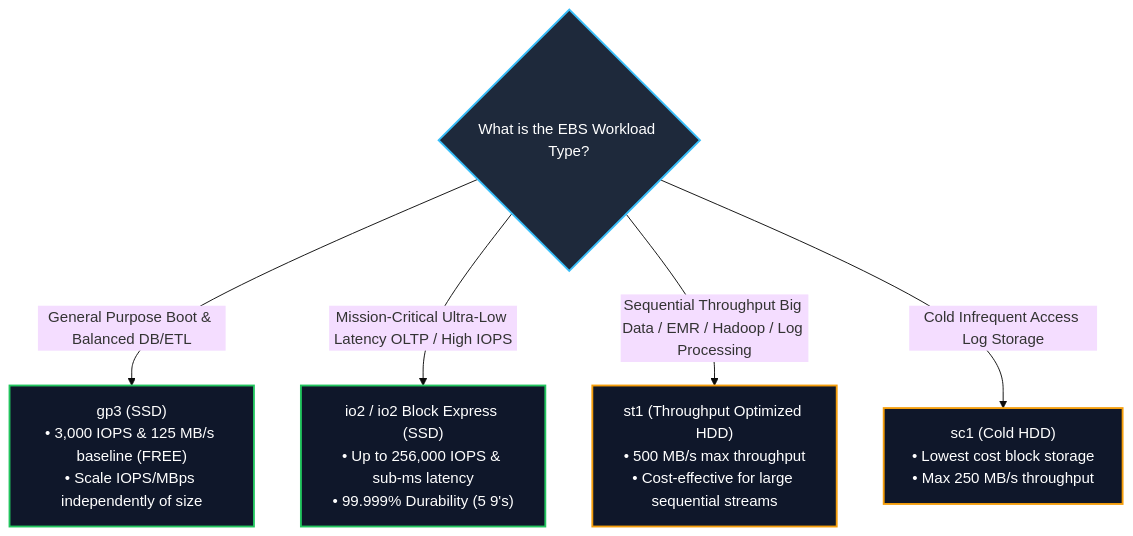
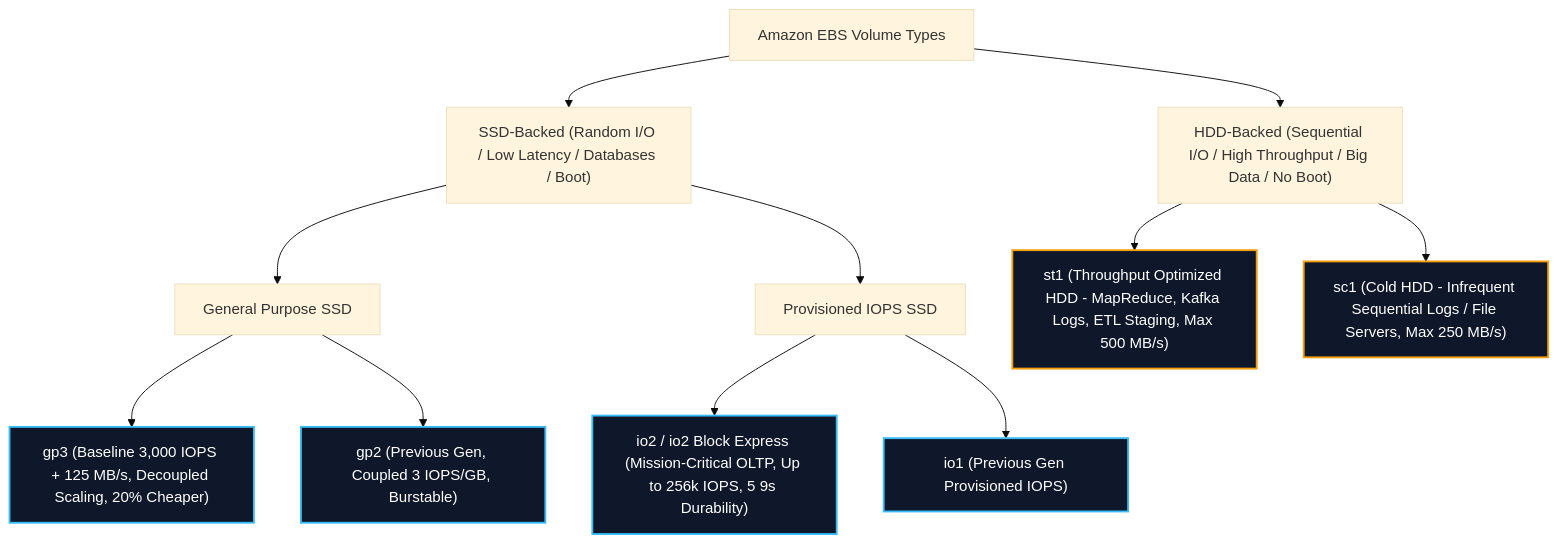
The second of 6 diagrams in content/mm/02-services/storage/ebs-and-instance-store.md (Wathon/aws-dea-c01-note), drawn with Mermaid (base theme) before and after one commit. The commit also changed other lines of this file and 41 other files, not shown here.

````diff
--- a/content/mm/02-services/storage/ebs-and-instance-store.md
+++ b/content/mm/02-services/storage/ebs-and-instance-store.md
@@ -73,20 +84,21 @@
 ```mermaid
 graph TD
-    WorkloadReq{What is the EBS Workload Type?}
+    Root["Amazon EBS Volume Types"] --> SSD["SSD-Backed (Random I/O / Low Latency / Databases / Boot)"]
+    Root --> HDD["HDD-Backed (Sequential I/O / High Throughput / Big Data / No Boot)"]
 
-    WorkloadReq -->|"General Purpose Boot & Balanced DB/ETL"| GP3["gp3 (SSD)<br/>• 3,000 IOPS & 125 MB/s baseline (FREE)<br/>• Scale IOPS/MBps independently of size"]
+    SSD --> GP["General Purpose SSD"]
+    GP --> GP3["gp3 (Baseline 3,000 IOPS + 125 MB/s, Decoupled Scaling, 20% Cheaper)"]
+    GP --> GP2["gp2 (Previous Gen, Coupled 3 IOPS/GB, Burstable)"]
 
-    WorkloadReq -->|"Mission-Critical Ultra-Low Latency OLTP / High IOPS"| IO2["io2 / io2 Block Express (SSD)<br/>• Up to 256,000 IOPS & sub-ms latency<br/>• 99.999% Durability (5 9's)"]
+    SSD --> PIOPS["Provisioned IOPS SSD"]
+    PIOPS --> IO2["io2 / io2 Block Express (Mission-Critical OLTP, Up to 256k IOPS, 5 9s Durability)"]
+    PIOPS --> IO1["io1 (Previous Gen Provisioned IOPS)"]
 
-    WorkloadReq -->|"Sequential Throughput Big Data / EMR / Hadoop / Log Processing"| ST1["st1 (Throughput Optimized HDD)<br/>• 500 MB/s max throughput<br/>• Cost-effective for large sequential streams"]
+    HDD --> ST1["st1 (Throughput Optimized HDD - MapReduce, Kafka Logs, ETL Staging, Max 500 MB/s)"]
+    HDD --> SC1["sc1 (Cold HDD - Infrequent Sequential Logs / File Servers, Max 250 MB/s)"]
 
-    WorkloadReq -->|"Cold Infrequent Access Log Storage"| SC1["sc1 (Cold HDD)<br/>• Lowest cost block storage<br/>• Max 250 MB/s throughput"]
-
-    classDef dec fill:#1e293b,stroke:#38bdf8,stroke-width:2px,color:#fff;
-    classDef ssd fill:#0f172a,stroke:#22c55e,stroke-width:2px,color:#fff;
+    classDef ssd fill:#0f172a,stroke:#38bdf8,stroke-width:2px,color:#fff;
     classDef hdd fill:#0f172a,stroke:#f59e0b,stroke-width:2px,color:#fff;
-
-    class WorkloadReq dec;
-    class GP3,IO2 ssd;
+    class GP3,GP2,IO2,IO1 ssd;
     class ST1,SC1 hdd;
 ```
````
